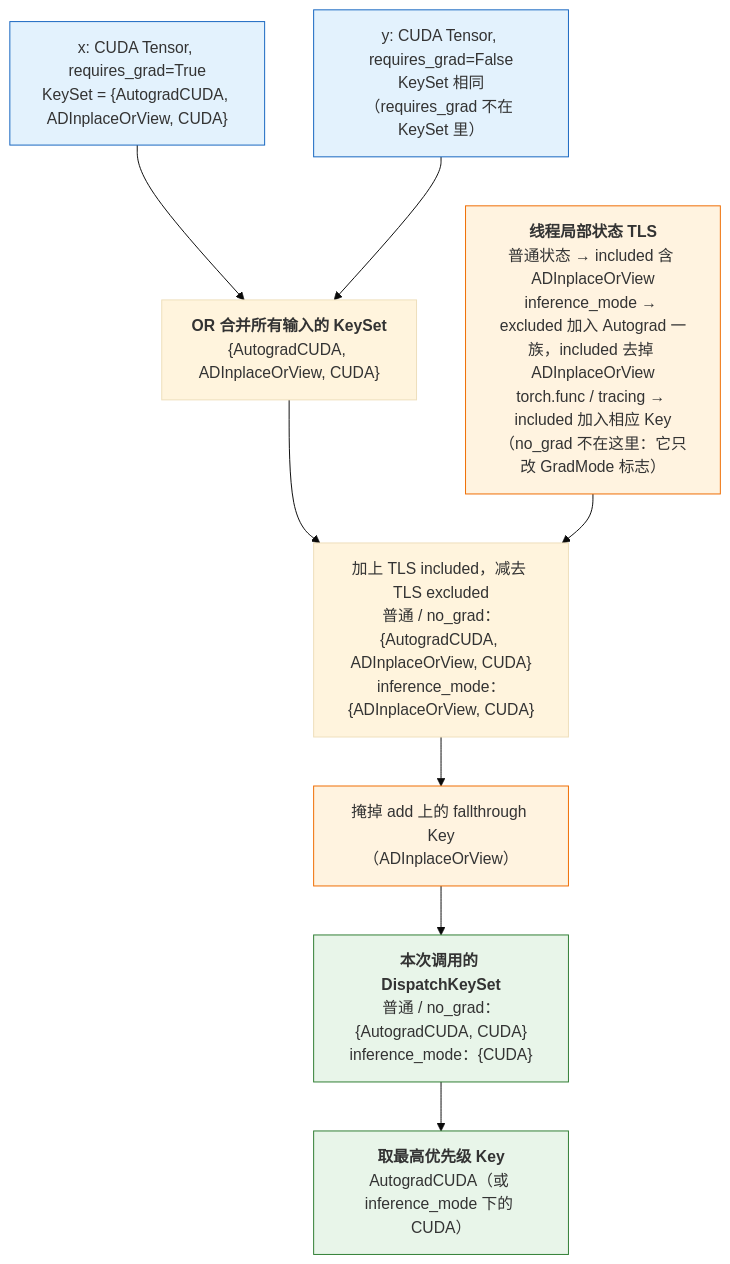
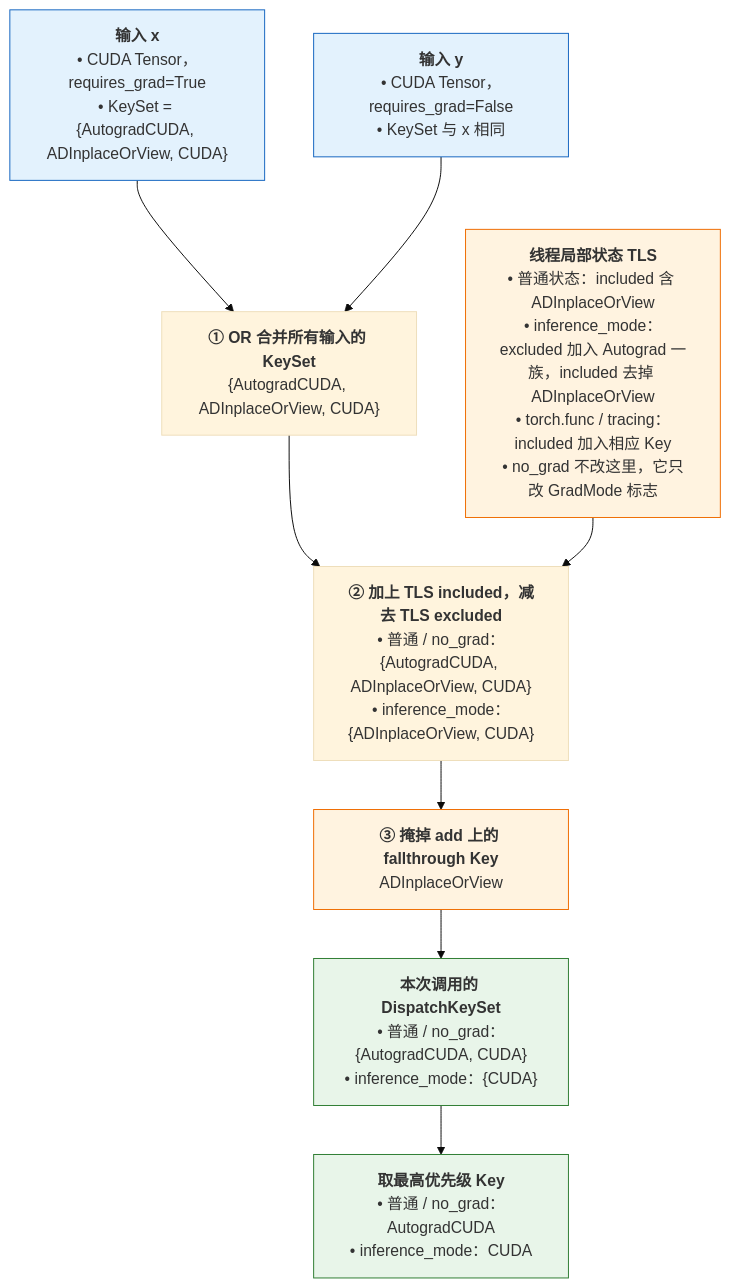
Before and after one commit to arganzheng/arganzheng.github.com: the fourth of 6 diagrams in _posts/2026-02-21-pytorch-dispatcher-and-operator-system.md, drawn with Mermaid (base theme). The commit also changed other lines of this file and 4 other files, not shown here.

````diff
--- a/_posts/2026-02-21-pytorch-dispatcher-and-operator-system.md
+++ b/_posts/2026-02-21-pytorch-dispatcher-and-operator-system.md
@@ -564,24 +717,24 @@
 ```mermaid
 %% 图：合并 DispatchKeySet：各输入 KeySet 做 OR，叠加 TLS 的 include、减去 exclude，再掩掉 fallthrough Key
 flowchart TB
-    TX["x: CUDA Tensor, requires_grad=True<br/>KeySet = #123;AutogradCUDA, ADInplaceOrView, CUDA#125;"]
-    TY["y: CUDA Tensor, requires_grad=False<br/>KeySet 相同（requires_grad 不在 KeySet 里）"]
-    TLS["<b>线程局部状态 TLS</b><br/>普通状态 → included 含 ADInplaceOrView<br/>inference_mode → excluded 加入 Autograd 一族，included 去掉 ADInplaceOrView<br/>torch.func / tracing → included 加入相应 Key<br/>（no_grad 不在这里：它只改 GradMode 标志）"]
-    OR["<b>OR 合并所有输入的 KeySet</b><br/>#123;AutogradCUDA, ADInplaceOrView, CUDA#125;"]
-    MERGE["加上 TLS included，减去 TLS excluded<br/>普通 / no_grad：#123;AutogradCUDA, ADInplaceOrView, CUDA#125;<br/>inference_mode：#123;ADInplaceOrView, CUDA#125;"]
-    MASK["掩掉 add 上的 fallthrough Key<br/>（ADInplaceOrView）"]
-    KS["<b>本次调用的 DispatchKeySet</b><br/>普通 / no_grad：#123;AutogradCUDA, CUDA#125;<br/>inference_mode：#123;CUDA#125;"]
-    TOP["<b>取最高优先级 Key</b><br/>AutogradCUDA（或 inference_mode 下的 CUDA）"]
+    TX["<b>输入 x</b><br/>• CUDA Tensor，requires_grad=True<br/>• KeySet = #123;AutogradCUDA, ADInplaceOrView, CUDA#125;"]
+    TY["<b>输入 y</b><br/>• CUDA Tensor，requires_grad=False<br/>• KeySet 与 x 相同"]
+    TLS["<b>线程局部状态 TLS</b><br/>• 普通状态：included 含 ADInplaceOrView<br/>• inference_mode：excluded 加入 Autograd 一族，included 去掉 ADInplaceOrView<br/>• torch.func / tracing：included 加入相应 Key<br/>• no_grad 不改这里，它只改 GradMode 标志"]
+    OR["<b>① OR 合并所有输入的 KeySet</b><br/>#123;AutogradCUDA, ADInplaceOrView, CUDA#125;"]
+    MERGE["<b>② 加上 TLS included，减去 TLS excluded</b><br/>• 普通 / no_grad：#123;AutogradCUDA, ADInplaceOrView, CUDA#125;<br/>• inference_mode：#123;ADInplaceOrView, CUDA#125;"]
+    MASK["<b>③ 掩掉 add 上的 fallthrough Key</b><br/>ADInplaceOrView"]
+    KS["<b>本次调用的 DispatchKeySet</b><br/>• 普通 / no_grad：#123;AutogradCUDA, CUDA#125;<br/>• inference_mode：#123;CUDA#125;"]
+    TOP["<b>取最高优先级 Key</b><br/>• 普通 / no_grad：AutogradCUDA<br/>• inference_mode：CUDA"]
     TX --> OR
     TY --> OR
     OR --> MERGE
     TLS --> MERGE
     MERGE --> MASK --> KS --> TOP
     classDef input fill:#e3f2fd,stroke:#1565c0;
     classDef ctx fill:#fff3e0,stroke:#ef6c00;
     classDef result fill:#e8f5e9,stroke:#2e7d32;
     class TX,TY input;
     class TLS ctx;
     class KS,TOP result;
     class MASK ctx;
 ```
````
